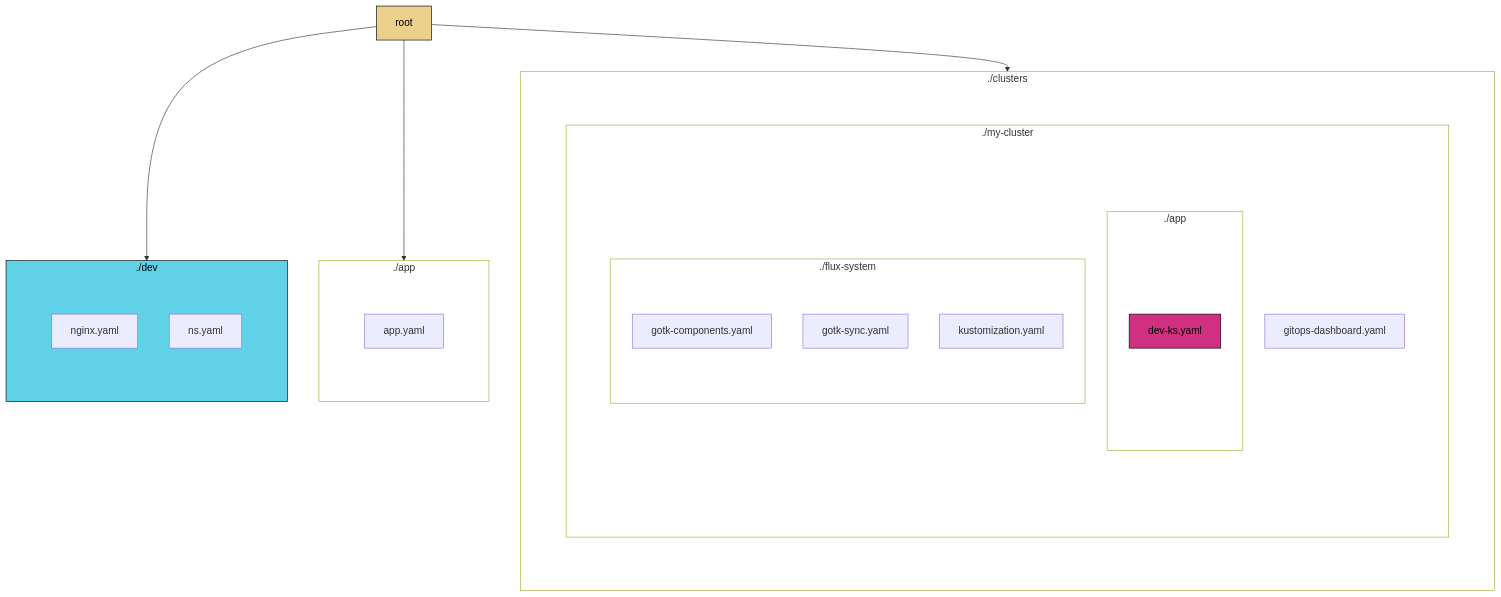
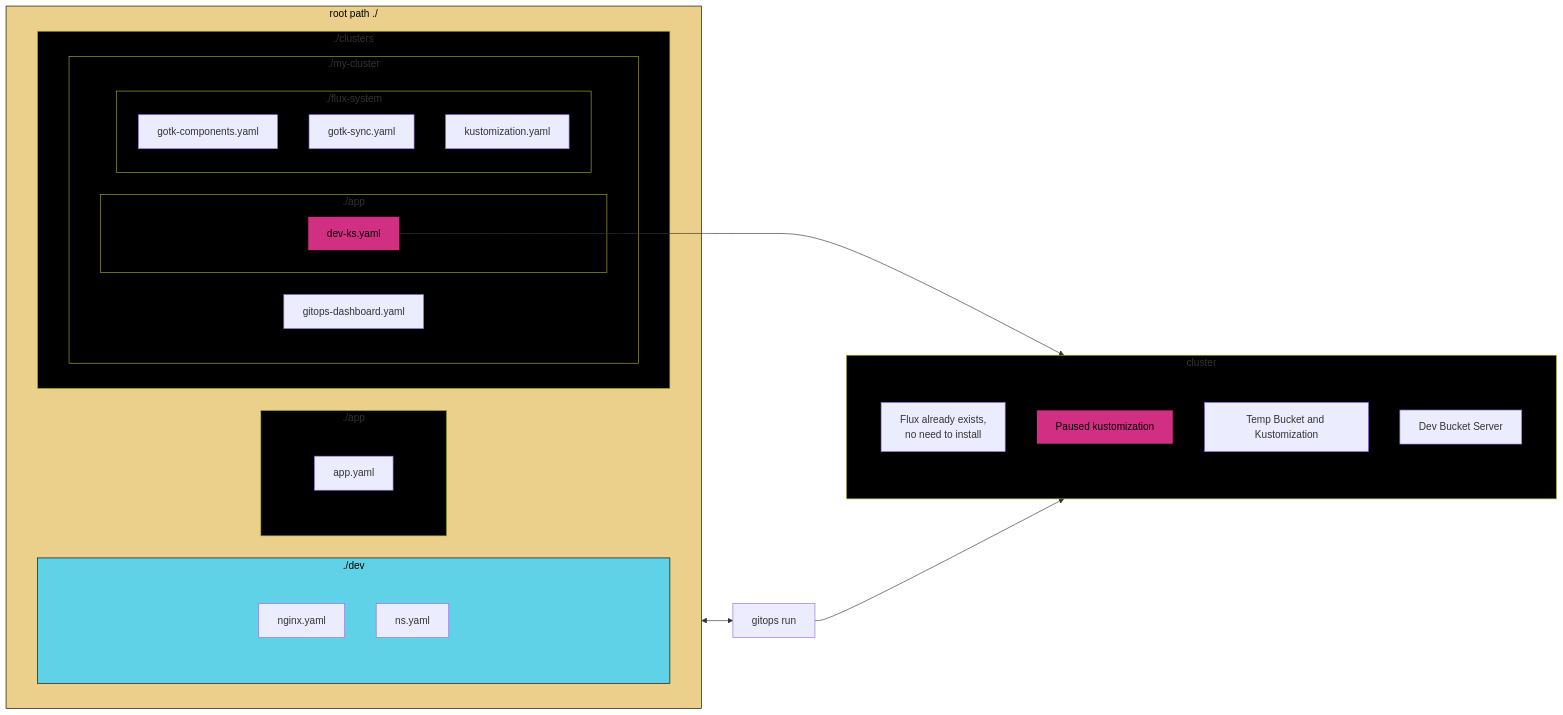
Before and after one commit to JamWils/gitops-repo-000: the fifth of 5 diagrams in run.md, drawn with Mermaid. The commit also changed other lines of this file and 12 other files, not shown here.

`````diff
--- a/run.md
+++ b/run.md
@@ -101,46 +189,63 @@
 ```mermaid
 %%{init: { logLevel:0, startOnLoad: false, themeCSS:'.label { font-family: Source Sans Pro,Helvetica Neue,Arial,sans-serif; }' }}%%
-flowchart TD
-    root --> 2g
-    root --> 3g
-    root --> clusters
+flowchart LR
+    run[gitops run] --> cluster
+    root <--> run
+    subgraph root[root path ./ ]
+    subgraph sgp6 [ ]
     subgraph clusters[./clusters]
     subgraph sgp1 [ ]
       subgraph my-cluster[./my-cluster]
         subgraph sgp2 [ ]
         dboard[gitops-dashboard.yaml]
         subgraph app[./app]
           d[dev-ks.yaml]
         end
         subgraph flux[./flux-system]
+          direction TB
           a[gotk-components.yaml] 
           b[gotk-sync.yaml]
           c[kustomization.yaml]
         end
         end
       end
     end  
     end
       
-    subgraph 3g[./app]
+    subgraph app-manifests[./app]
     subgraph sgp3 [ ]
       31[app.yaml]
       end
     end
-    subgraph 2g[./dev]
+    subgraph dev[./dev]
     subgraph sgp4 [ ]
       21[nginx.yaml]
       22[ns.yaml]
     end
     end
+    end
+    end
+
+    subgraph cluster
+      direction TB
+      subgraph sgp5 [ ]
+        c-a[Flux already exists,\n no need to install]
+        d --> c-d[Paused kustomization]
+        c-b[Temp Bucket and Kustomization]
+        c-c[Dev Bucket Server]
+      end
+    end
+    
     
 classDef subgraph_padding fill:none,stroke:none
-class sgp1,sgp2,sgp3,sgp4 subgraph_padding
+class sgp1,sgp2,sgp3,sgp4,sgp5 subgraph_padding
 
-classDef basic fill:transparent;
-class 3g,clusters,my-cluster,flux,app basic;
+classDef basic fill:#000;
+class app-manifests,clusters,my-cluster,flux,app,cluster basic;
 
-style 2g fill:#5fd2e8,stroke:#000,color:#000;
+style dev fill:#5fd2e8,stroke:#000,color:#000;
 style root fill:#ebd08b,stroke:#000,color:#000;
+style sgp6 fill:#ebd08b,stroke:transparent,color:#000;
 style d fill:#d12f82,stroke:#000,color:#000;
-````
+style c-d fill:#d12f82,stroke:#000,color:#000;
+```
`````
